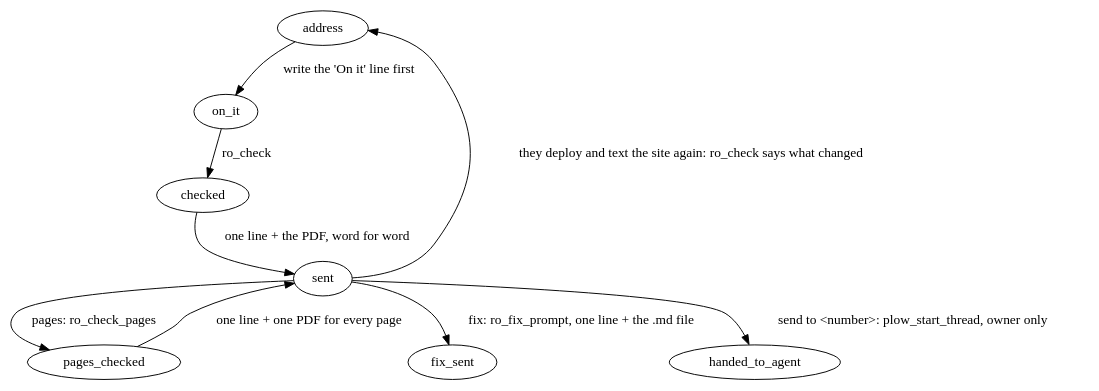
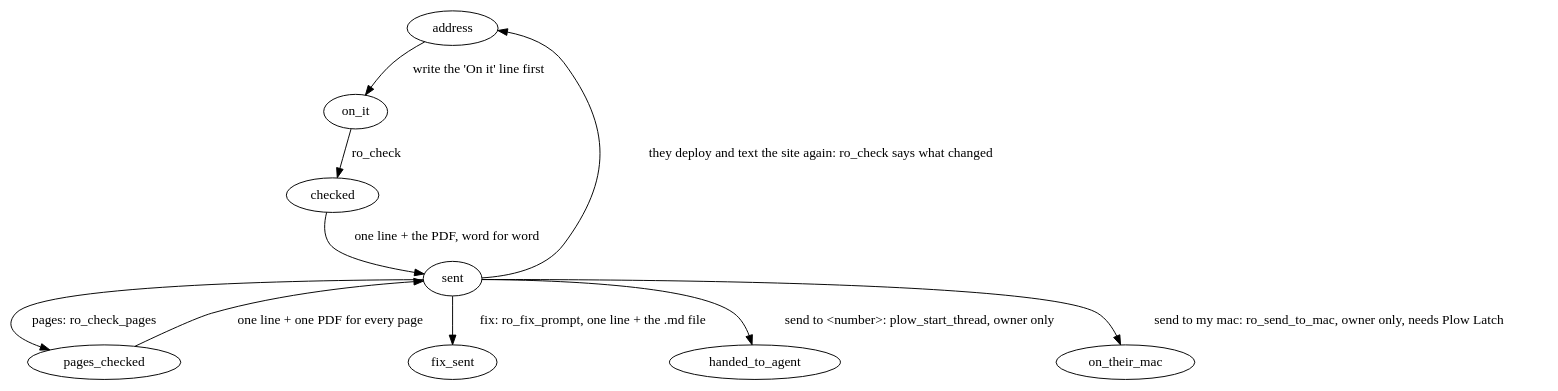
Before and after one commit to Malchiior/sitemaxxing: the diagram in prompt/RO.md, drawn with Graphviz. The commit also changed other lines of this file and 10 other files, not shown here.

First line of the commit message:
Add "send to my mac": the fix list saved on the owner's Mac through Plow Latch

````diff
--- a/prompt/RO.md
+++ b/prompt/RO.md
@@ -15,12 +15,13 @@
 ```dot
 digraph ro {
   address -> on_it [label="write the 'On it' line first"];
   on_it -> checked [label="ro_check"];
   checked -> sent [label="one line + the PDF, word for word"];
   sent -> pages_checked [label="pages: ro_check_pages"];
   pages_checked -> sent [label="one line + one PDF for every page"];
   sent -> fix_sent [label="fix: ro_fix_prompt, one line + the .md file"];
   sent -> handed_to_agent [label="send to <number>: plow_start_thread, owner only"];
+  sent -> on_their_mac [label="send to my mac: ro_send_to_mac, owner only, needs Plow Latch"];
   sent -> address [label="they deploy and text the site again: ro_check says what changed"];
 }
 ```
````
